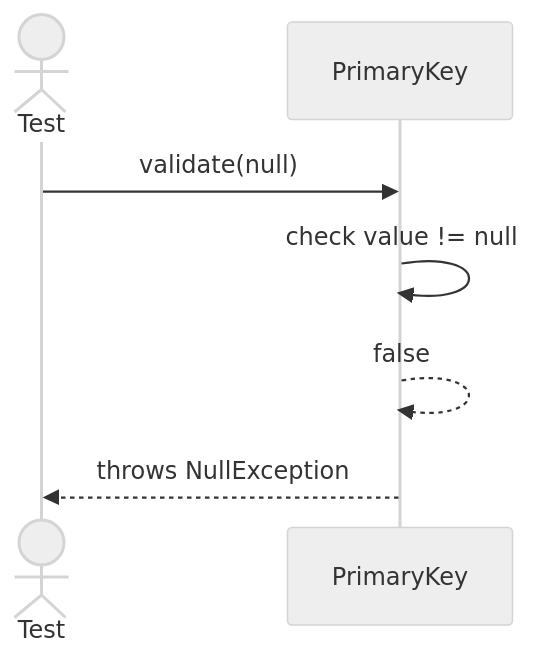
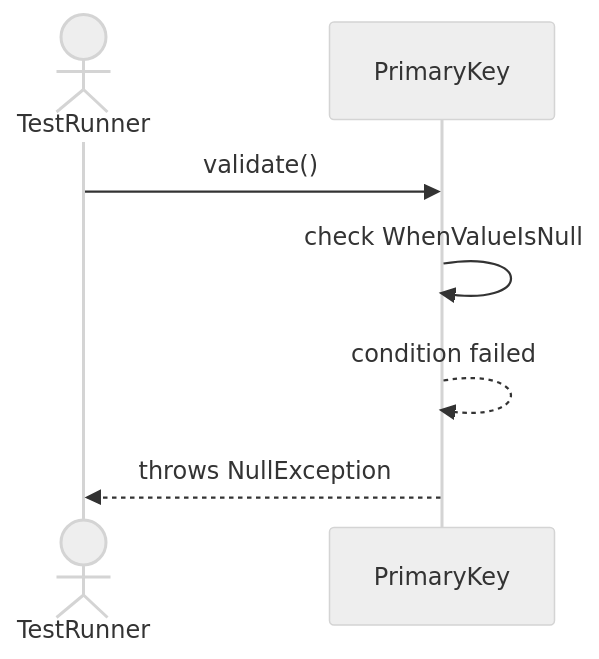
One commit to TamBui1706/DBMS changed the second of 5 diagrams in Sequences/DatabaseObjectManagement/PrimaryKey.md. Above: the diagram before and after it, drawn with Mermaid (neutral theme). The commit also changed other lines of this file and 63 other files, not shown here.

Commit message:
Draw sequence diagram for unit tests

````diff
--- a/Sequences/DatabaseObjectManagement/PrimaryKey.md
+++ b/Sequences/DatabaseObjectManagement/PrimaryKey.md
@@ -29,10 +28,9 @@
 ```mermaid
 sequenceDiagram
-    actor Test
+    actor TestRunner
     participant PrimaryKey
-
-    Test->>PrimaryKey: validate(null)
-    PrimaryKey->>PrimaryKey: check value != null
-    PrimaryKey-->>PrimaryKey: false
-    PrimaryKey-->>Test: throws NullException
+    TestRunner->>PrimaryKey: validate()
+    PrimaryKey->>PrimaryKey: check WhenValueIsNull
+    PrimaryKey-->>PrimaryKey: condition failed
+    PrimaryKey-->>TestRunner: throws NullException
 ```
````
